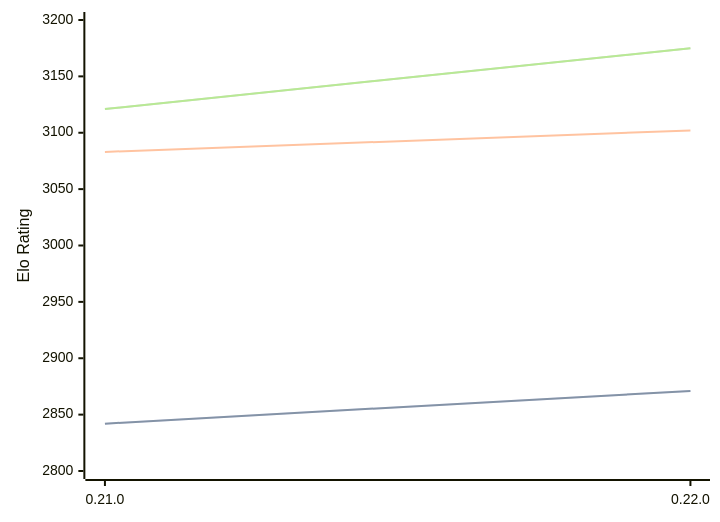
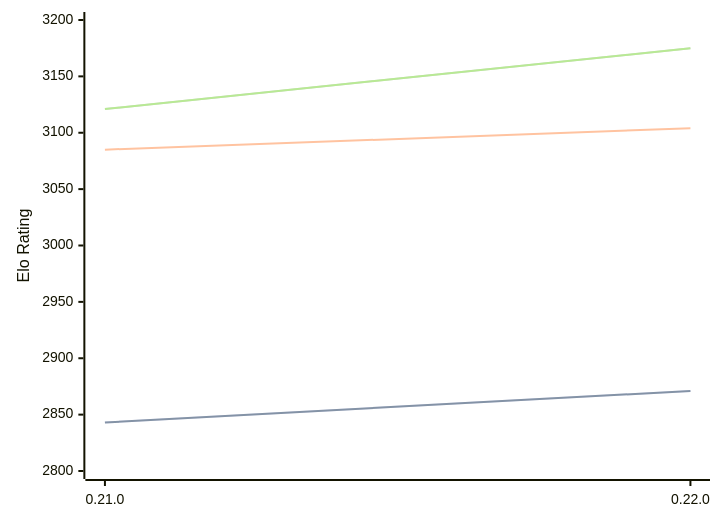
The diagram in engines/Princhess.md (computer-chess-index/cci), drawn with Mermaid before and after one commit. The commit also changed other lines of this file, not shown here.

````diff
--- a/engines/Princhess.md
+++ b/engines/Princhess.md
@@ -32,11 +32,11 @@
 ```mermaid
 %%{init: {"theme":"base","themeVariables":{"seriesColors:['#a3a3a3','#222221','#faa371']}}}%%
 xychart-beta
   x-axis ["0.21.0", "0.22.0"]
   y-axis "Elo Rating" 2800 --> 3200
-  line "" [2842, 2871]
-  line "STC (8.0+0.08s)" [2842, 2871]
-  line "LTC (60.0+0.60s)" [3083, 3102]
+  line "" [2843, 2871]
+  line "STC (8.0+0.08s)" [2843, 2871]
+  line "LTC (60.0+0.60s)" [3085, 3104]
   line "" [3121, 3175]
   line "VLTC (2m24s+1.12s)" [3121, 3175]
 ```
````
